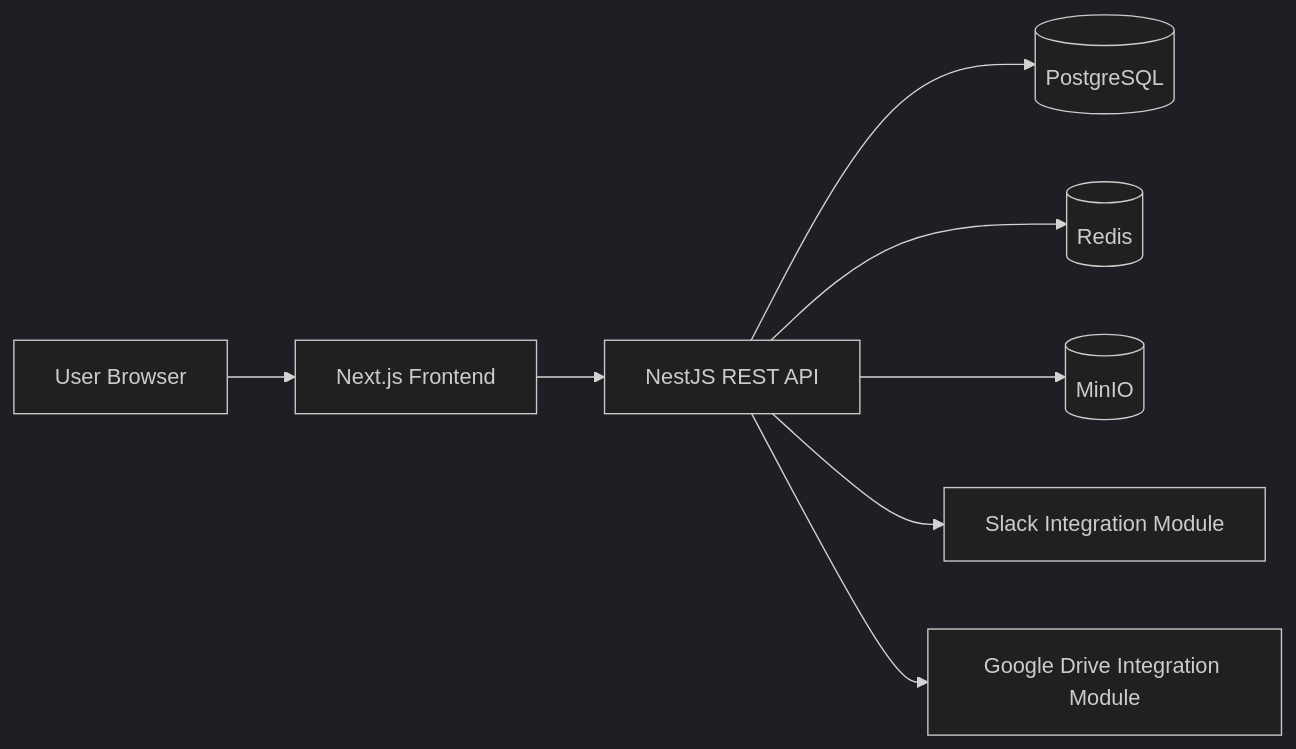
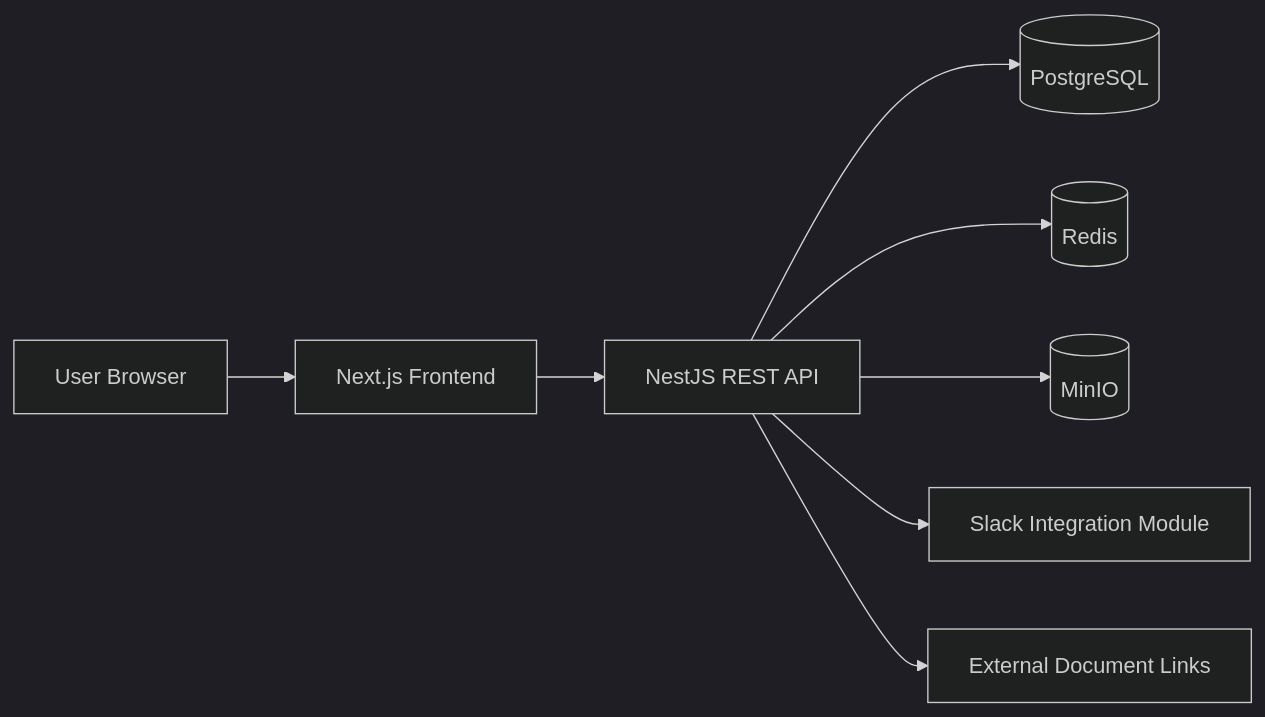
One commit to drraju/pm-platform changed the first of 3 diagrams in docs/architecture/01-SYSTEM-ARCHITECTURE.md. Above: the diagram before and after it, drawn with Mermaid (dark theme). The commit also changed other lines of this file and 95 other files, not shown here.

Commit message:
feat(documents): introduce provider-independent external document architecture

````diff
--- a/docs/architecture/01-SYSTEM-ARCHITECTURE.md
+++ b/docs/architecture/01-SYSTEM-ARCHITECTURE.md
@@ -7,10 +7,10 @@
 ```mermaid
 flowchart LR
   User[User Browser] --> FE[Next.js Frontend]
   FE --> API[NestJS REST API]
   API --> PG[(PostgreSQL)]
   API --> Redis[(Redis)]
   API --> MinIO[(MinIO)]
   API --> Slack[Slack Integration Module]
-  API --> Drive[Google Drive Integration Module]
+  API --> Docs[External Document Links]
 ```
````
